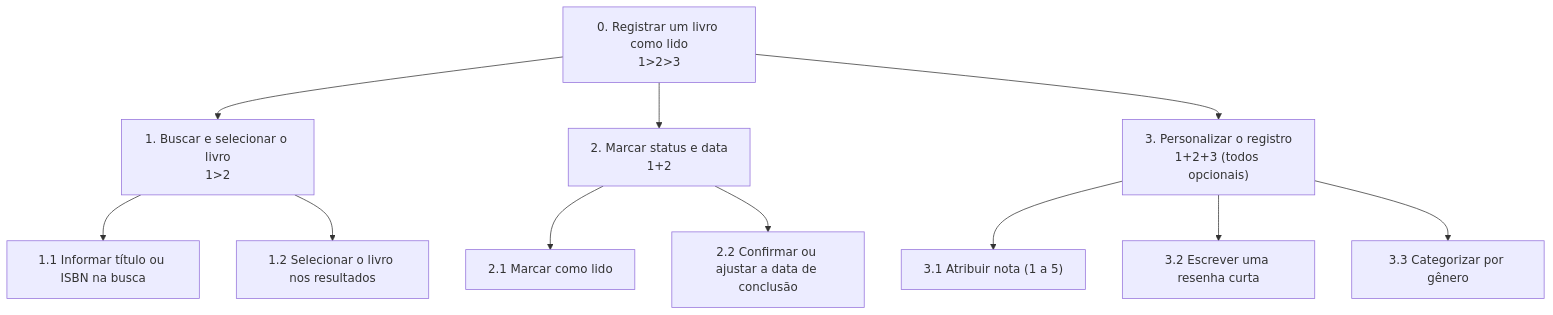
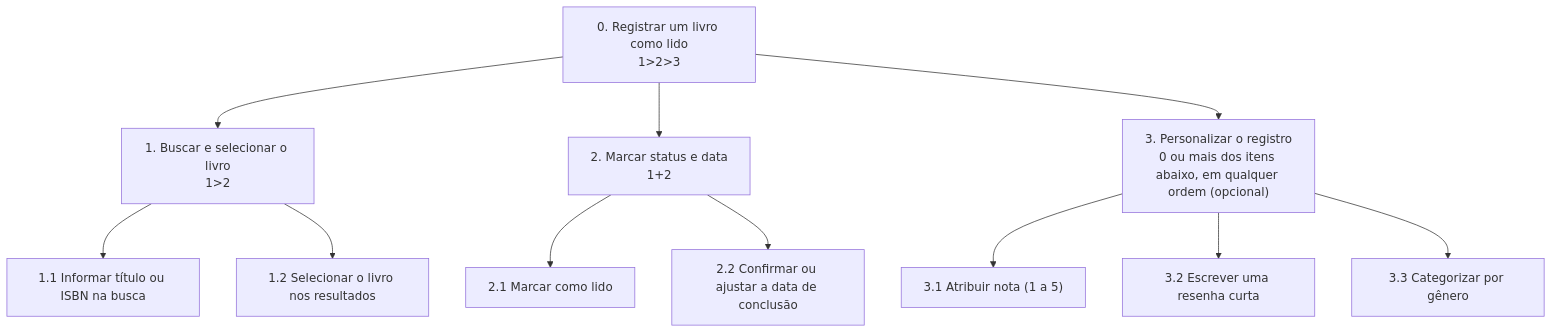
Before and after one commit to monyseandra/app-leitura: the first of 2 diagrams in docs/6_analise_tarefas.md, drawn with Mermaid. The commit also changed other lines of this file, not shown here.

````diff
--- a/docs/6_analise_tarefas.md
+++ b/docs/6_analise_tarefas.md
@@ -11,13 +11,13 @@
 ```mermaid
 graph TD
     A["0. Registrar um livro como lido<br/>1>2>3"] --> B["1. Buscar e selecionar o livro<br/>1>2"]
     A --> C["2. Marcar status e data<br/>1+2"]
-    A --> D["3. Personalizar o registro<br/>1+2+3 (todos opcionais)"]
+    A --> D["3. Personalizar o registro<br/>0 ou mais dos itens abaixo, em qualquer ordem (opcional)"]
     B --> B1["1.1 Informar título ou ISBN na busca"]
     B --> B2["1.2 Selecionar o livro nos resultados"]
     C --> C1["2.1 Marcar como lido"]
     C --> C2["2.2 Confirmar ou ajustar a data de conclusão"]
     D --> D1["3.1 Atribuir nota (1 a 5)"]
     D --> D2["3.2 Escrever uma resenha curta"]
     D --> D3["3.3 Categorizar por gênero"]
 ```
````
